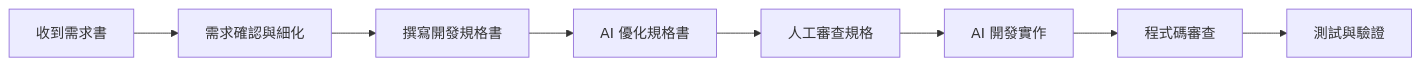
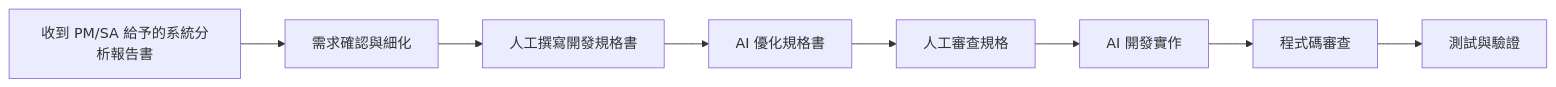
Before and after one commit to HyperLee/AI_Usage_in_Legacy_Projects: the diagram in README.md, drawn with Mermaid.

Commit message:
修正流程圖中的描述，將「收到需求書」更改為「收到 PM/SA 給予的系統分析報告書」，並將「撰寫開發規格書」更改為「人工撰寫開發規格書」

````diff
--- a/README.md
+++ b/README.md
@@ -300,10 +300,10 @@
 ```mermaid
 graph LR
-    A[收到需求書] --> B[需求確認與細化]
-    B --> C[撰寫開發規格書]
+    A[收到 PM/SA 給予的系統分析報告書] --> B[需求確認與細化]
+    B --> C[人工撰寫開發規格書]
     C --> D[AI 優化規格書]
     D --> E[人工審查規格]
     E --> F[AI 開發實作]
     F --> G[程式碼審查]
     G --> H[測試與驗證]
 ```
````
